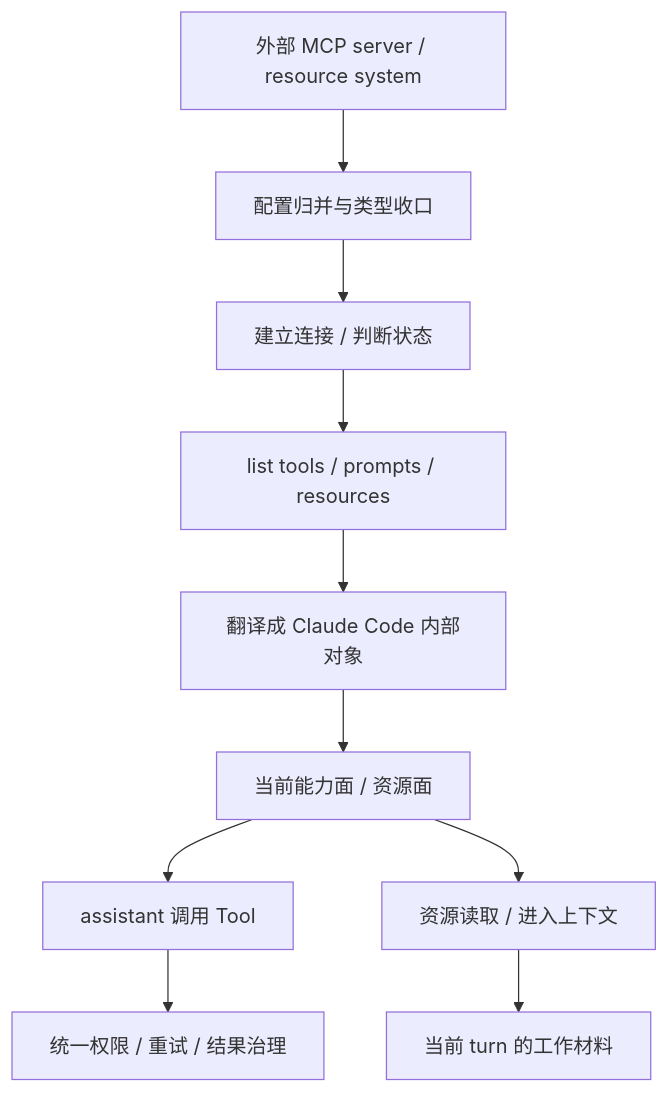
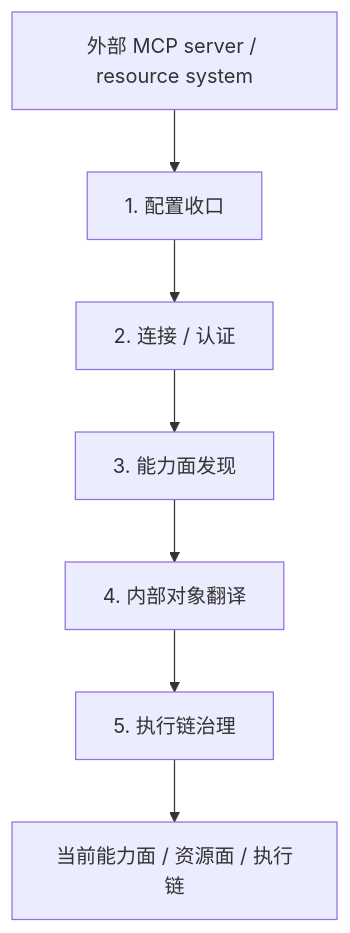
One commit to T0UGH/claude-code-source-guide changed the diagram in docs/guidebookv2/volume-5/10-how-claude-code-uses-mcp-to-connect-external-capabilities-and-resource-systems.md. Above: the diagram before and after it, drawn with Mermaid. The commit also changed other lines of this file and 8 other files, not shown here.

````diff
--- a/docs/guidebookv2/volume-5/10-how-claude-code-uses-mcp-to-connect-external-capabilities-and-resource-systems.md
+++ b/docs/guidebookv2/volume-5/10-how-claude-code-uses-mcp-to-connect-external-capabilities-and-resource-systems.md
@@ -94,12 +54,9 @@
 ```mermaid
 flowchart TD
-    A[外部 MCP server / resource system] --> B[配置归并与类型收口]
-    B --> C[建立连接 / 判断状态]
-    C --> D[list tools / prompts / resources]
-    D --> E[翻译成 Claude Code 内部对象]
-    E --> F[当前能力面 / 资源面]
-    F --> G[assistant 调用 Tool]
-    F --> H[资源读取 / 进入上下文]
-    G --> I[统一权限 / 重试 / 结果治理]
-    H --> J[当前 turn 的工作材料]
+    A[外部 MCP server / resource system] --> B[1. 配置收口]
+    B --> C[2. 连接 / 认证]
+    C --> D[3. 能力面发现]
+    D --> E[4. 内部对象翻译]
+    E --> F[5. 执行链治理]
+    F --> G[当前能力面 / 资源面 / 执行链]
 ```
````
